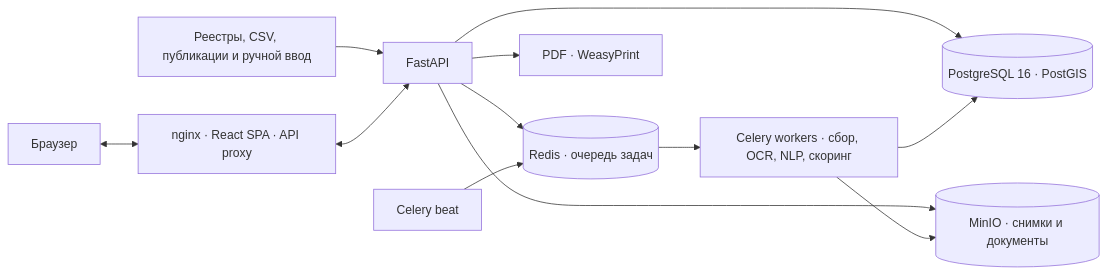
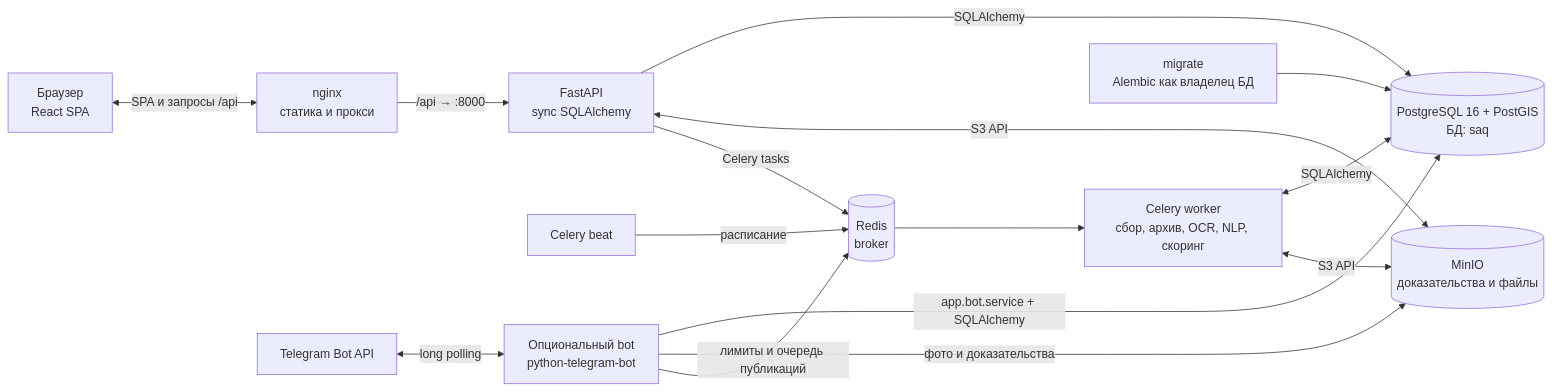
Before and after one commit to amblackrust/saq-qurylys: the first of 2 diagrams in README.md, drawn with Mermaid. The commit also changed other lines of this file and 1 other file, not shown here.

Commit message:
docs: explain architecture, setup, and hackathon deliverables

````diff
--- a/README.md
+++ b/README.md
@@ -59,14 +27,19 @@
 ```mermaid
 flowchart LR
-    Sources["Реестры, CSV, публикации и ручной ввод"] --> API["FastAPI"]
-    Browser["Браузер"] <--> Nginx["nginx · React SPA · API proxy"]
-    Nginx <--> API
-    API --> DB[("PostgreSQL 16 · PostGIS")]
-    API --> S3[("MinIO · снимки и документы")]
-    API --> Queue[("Redis · очередь задач")]
-    Beat["Celery beat"] --> Queue
-    Queue --> Worker["Celery workers · сбор, OCR, NLP, скоринг"]
-    Worker --> DB
-    Worker --> S3
-    API --> PDF["PDF · WeasyPrint"]
+    Browser["Браузер<br/>React SPA"] <-->|SPA и запросы /api| Nginx["nginx<br/>статика и прокси"]
+    Nginx -->|/api → :8000| API["FastAPI<br/>sync SQLAlchemy"]
+
+    API -->|SQLAlchemy| DB[("PostgreSQL 16 + PostGIS<br/>БД: saq")]
+    API <-->|S3 API| MinIO[("MinIO<br/>доказательства и файлы")]
+    API -->|Celery tasks| Redis[("Redis<br/>broker")]
+    Beat["Celery beat"] -->|расписание| Redis
+    Redis --> Worker["Celery worker<br/>сбор, архив, OCR, NLP, скоринг"]
+    Worker <-->|SQLAlchemy| DB
+    Worker <-->|S3 API| MinIO
+    Migrate["migrate<br/>Alembic как владелец БД"] --> DB
+
+    Telegram["Telegram Bot API"] <-->|long polling| Bot["Опциональный bot<br/>python-telegram-bot"]
+    Bot -->|app.bot.service + SQLAlchemy| DB
+    Bot -->|фото и доказательства| MinIO
+    Bot -->|лимиты и очередь публикаций| Redis
 ```
````
